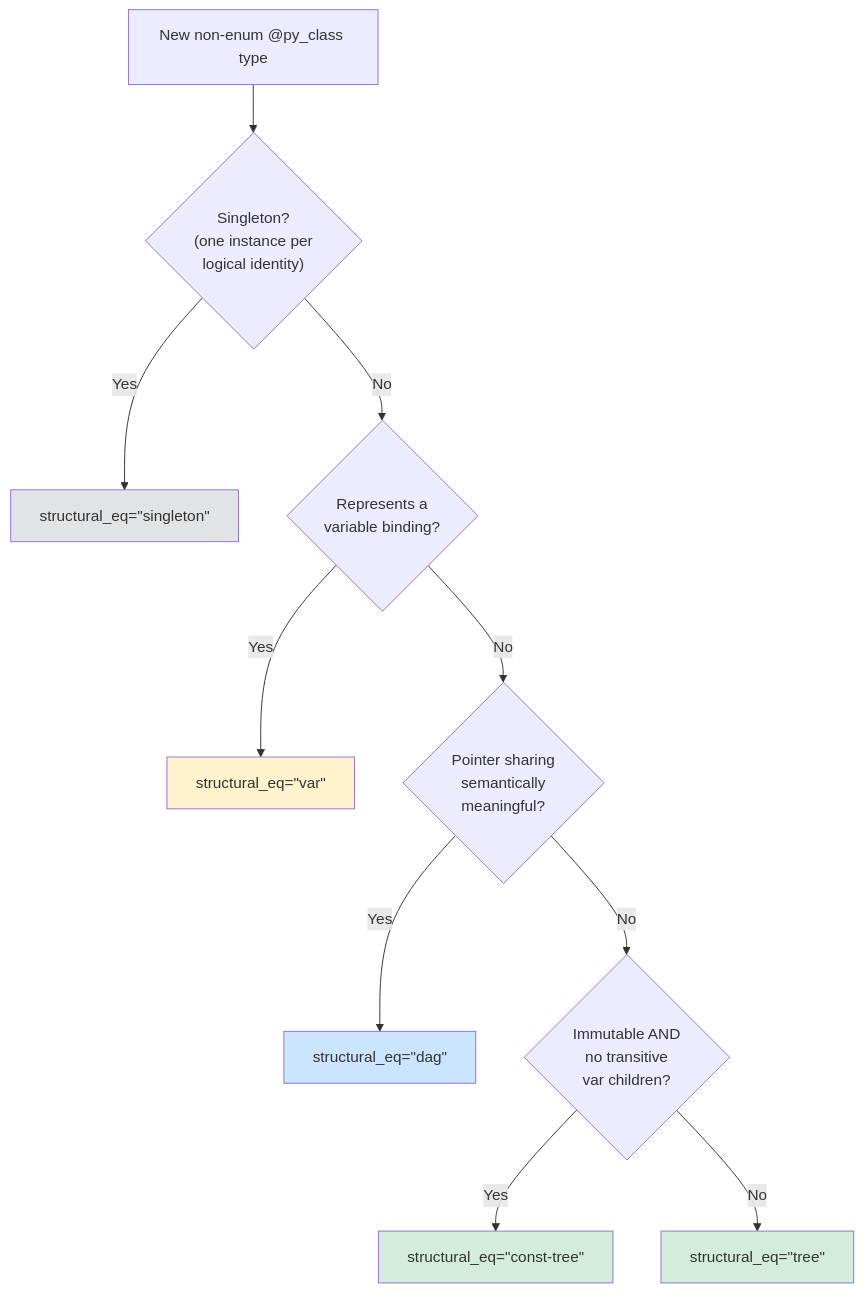
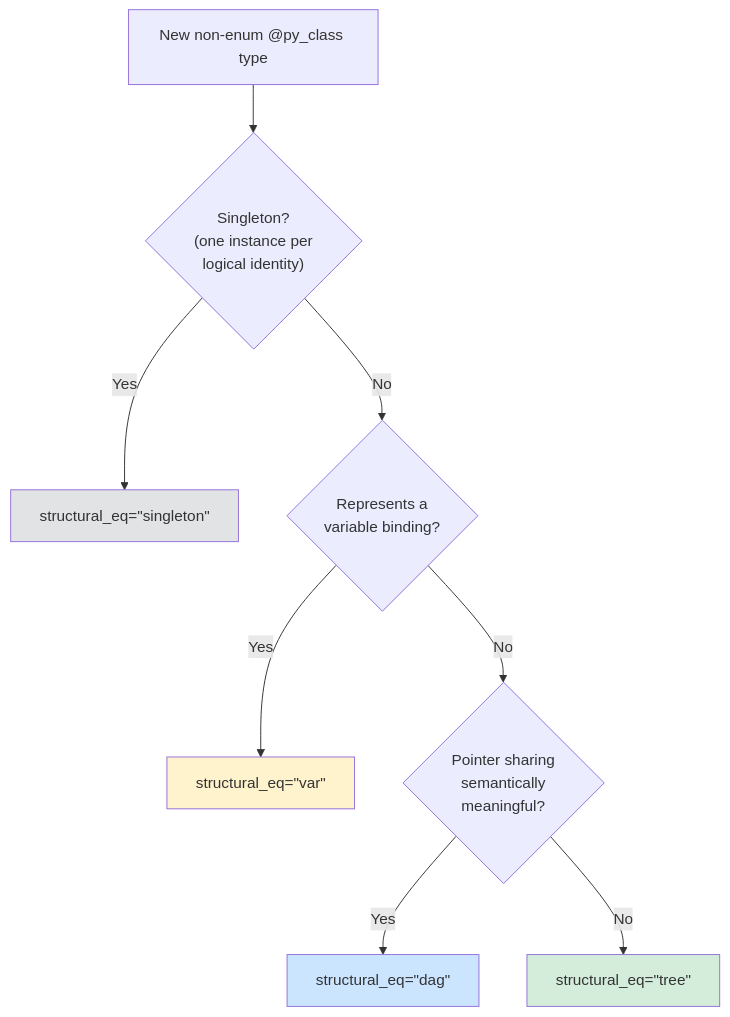
One commit to tqchen/tvm-ffi changed the sixth of 7 diagrams in docs/concepts/structural_eq_hash.rst. Above: the diagram before and after it, drawn with Mermaid. The commit also changed other lines of this file and 9 other files, not shown here.

First line of the commit message:
[REFACTOR] Remove the constant-tree structural kind

```diff
--- a/docs/concepts/structural_eq_hash.rst
+++ b/docs/concepts/structural_eq_hash.rst
@@ -890,18 +786,15 @@
 .. mermaid::
 
    graph TD
        Start["New non-enum @py_class type"] --> Q1{"Singleton?<br/>(one instance per<br/>logical identity)"}
        Q1 -->|Yes| UI["structural_eq=&quot;singleton&quot;"]
        Q1 -->|No| Q2{"Represents a<br/>variable binding?"}
        Q2 -->|Yes| FV["structural_eq=&quot;var&quot;"]
        Q2 -->|No| Q3{"Pointer sharing<br/>semantically<br/>meaningful?"}
        Q3 -->|Yes| DN["structural_eq=&quot;dag&quot;"]
-       Q3 -->|No| Q4{"Immutable AND<br/>no transitive<br/>var children?"}
-       Q4 -->|Yes| CTN["structural_eq=&quot;const-tree&quot;"]
-       Q4 -->|No| TN["structural_eq=&quot;tree&quot;"]
+       Q3 -->|No| TN["structural_eq=&quot;tree&quot;"]
 
        style UI fill:#e2e3e5
        style FV fill:#fff3cd
        style DN fill:#cce5ff
-       style CTN fill:#d4edda
        style TN fill:#d4edda
```
